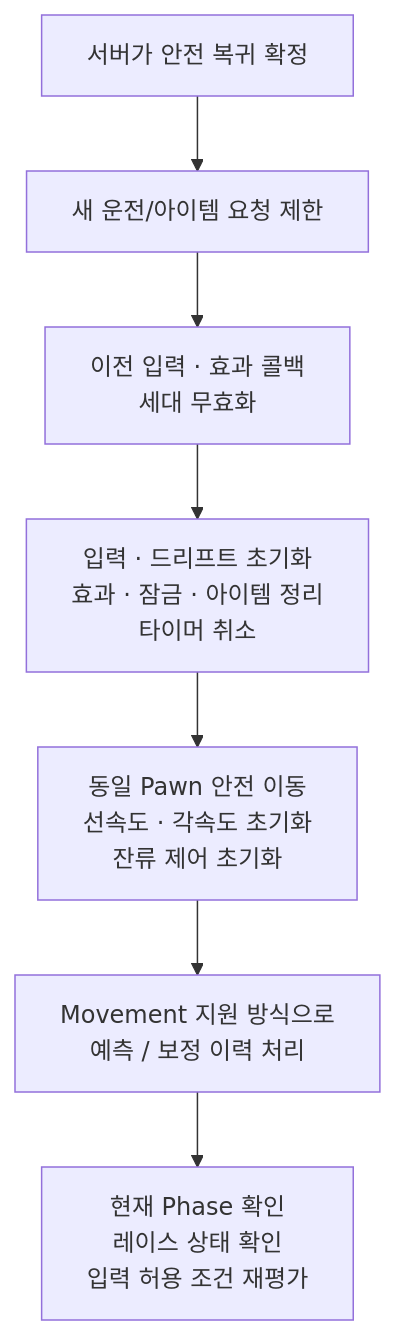
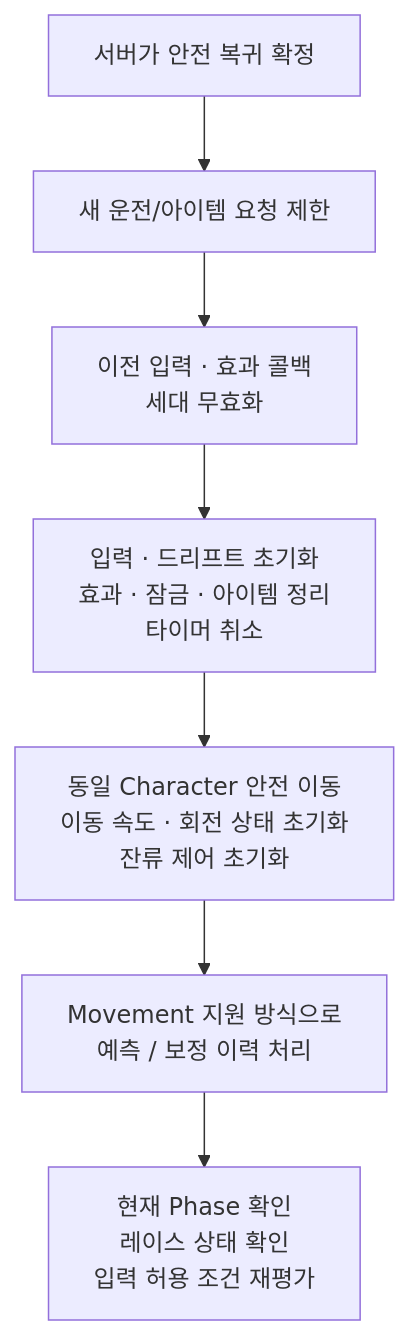
One commit to kevin6091/ProjectMW changed the tenth of 11 diagrams in Docs/Shared/Client,Server/07_차량_입력_이동_효과_설계.md. Above: the diagram before and after it, drawn with Mermaid. The commit also changed other lines of this file and 5 other files, not shown here.

````diff
--- a/Docs/Shared/Client,Server/07_차량_입력_이동_효과_설계.md
+++ b/Docs/Shared/Client,Server/07_차량_입력_이동_효과_설계.md
@@ -402,9 +407,9 @@
 ```mermaid
 flowchart TD
     R["서버가 안전 복귀 확정"] --> Block["새 운전/아이템 요청 제한"]
     Block --> Gen["이전 입력 · 효과 콜백<br/>세대 무효화"]
     Gen --> Clear["입력 · 드리프트 초기화<br/>효과 · 잠금 · 아이템 정리<br/>타이머 취소"]
-    Clear --> Teleport["동일 Pawn 안전 이동<br/>선속도 · 각속도 초기화<br/>잔류 제어 초기화"]
+    Clear --> Teleport["동일 Character 안전 이동<br/>이동 속도 · 회전 상태 초기화<br/>잔류 제어 초기화"]
     Teleport --> History["Movement 지원 방식으로<br/>예측 / 보정 이력 처리"]
     History --> Resume["현재 Phase 확인<br/>레이스 상태 확인<br/>입력 허용 조건 재평가"]
 ```
````
